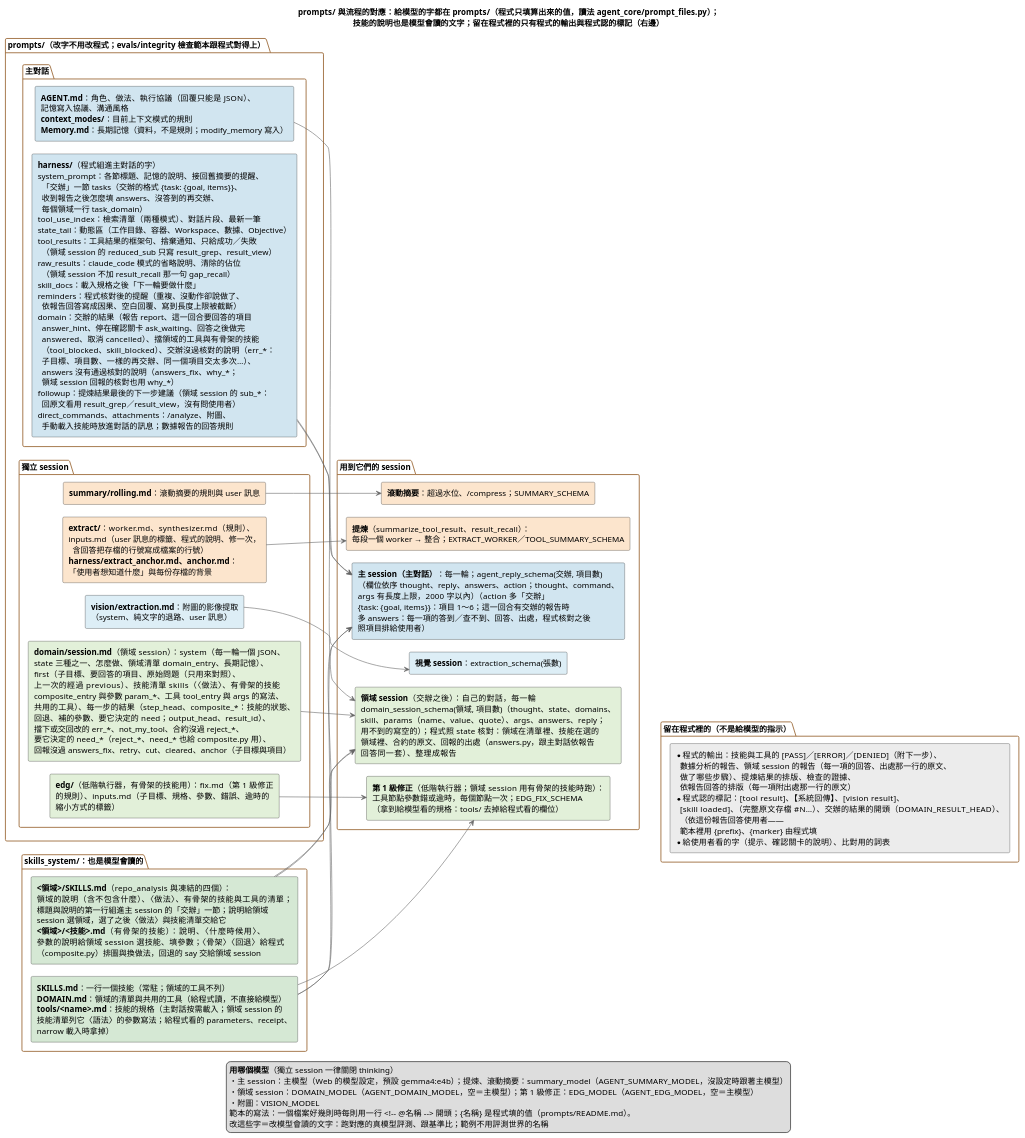
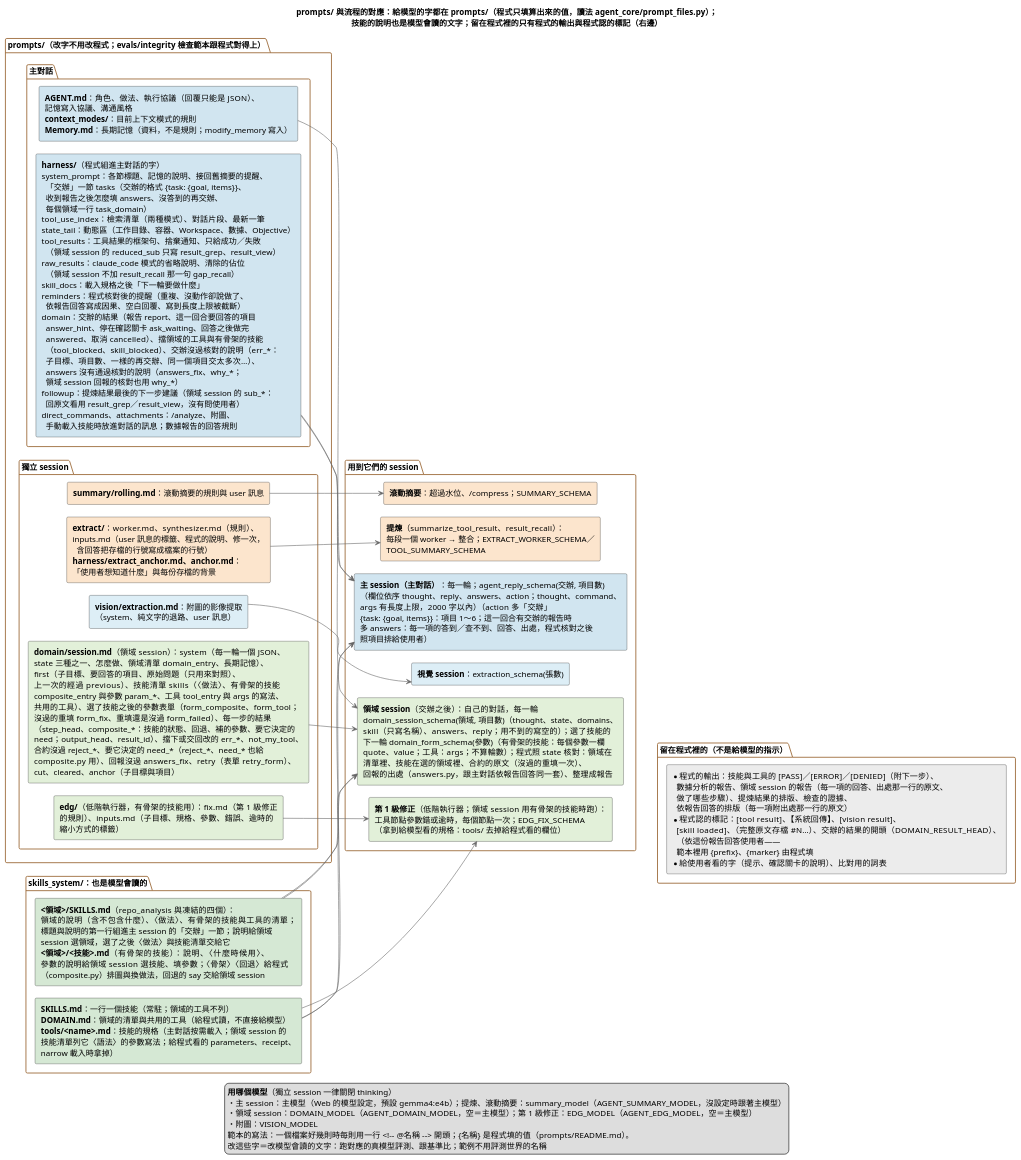
Before and after one commit to DavidZox/Coding_agnet: the diagram in doc/diagrams/prompts與流程的對應.puml, drawn with PlantUML. The commit also changed 17 other files, not shown here.

```diff
--- a/doc/diagrams/prompts與流程的對應.puml
+++ b/doc/diagrams/prompts與流程的對應.puml
@@ -1,175 +1,179 @@
 @startuml
 ' --- 樣式精準控制 ---
 skinparam shadowing false
 skinparam defaultFontName "Microsoft JhengHei"
 skinparam RectangleWidthMax 440
 skinparam PackageBorderColor #996633
 skinparam ArrowColor #666666
 skinparam ranksep 70
 skinparam nodesep 22
 left to right direction
 
 title prompts/ 與流程的對應：給模型的字都在 prompts/（程式只填算出來的值，讀法 agent_core/prompt_files.py）；\n技能的說明也是模型會讀的文字；留在程式裡的只有程式的輸出與程式認的標記（右邊）
 
 package "prompts/（改字不用改程式；evals/integrity 檢查範本跟程式對得上）" {
   package "主對話" {
     rectangle P_AGENT #D1E5F0 [
       **AGENT.md**：角色、做法、執行協議（回覆只能是 JSON）、
       記憶寫入協議、溝通風格
       **context_modes/**：目前上下文模式的規則
       **Memory.md**：長期記憶（資料，不是規則；modify_memory 寫入）
     ]
     rectangle P_HARNESS #D1E5F0 [
       **harness/**（程式組進主對話的字）
       system_prompt：各節標題、記憶的說明、接回舊摘要的提醒、
         「交辦」一節 tasks（交辦的格式 {task: {goal, items}}、
         收到報告之後怎麼填 answers、沒答到的再交辦、
         每個領域一行 task_domain）
       tool_use_index：檢索清單（兩種模式）、對話片段、最新一筆
       state_tail：動態區（工作目錄、容器、Workspace、數據、Objective）
       tool_results：工具結果的框架句、捨棄通知、只給成功／失敗
         （領域 session 的 reduced_sub 只寫 result_grep、result_view）
       raw_results：claude_code 模式的省略說明、清除的佔位
         （領域 session 不加 result_recall 那一句 gap_recall）
       skill_docs：載入規格之後「下一輪要做什麼」
       reminders：程式核對後的提醒（重複、沒動作卻說做了、
         依報告回答寫成因果、空白回覆、寫到長度上限被截斷）
       domain：交辦的結果（報告 report、這一回合要回答的項目
         answer_hint、停在確認關卡 ask_waiting、回答之後做完
         answered、取消 cancelled）、擋領域的工具與有骨架的技能
         （tool_blocked、skill_blocked）、交辦沒過核對的說明（err_*：
         子目標、項目數、一樣的再交辦、同一個項目交太多次…）、
         answers 沒有通過核對的說明（answers_fix、why_*；
         領域 session 回報的核對也用 why_*）
       followup：提煉結果最後的下一步建議（領域 session 的 sub_*：
         回原文看用 result_grep／result_view，沒有問使用者）
       direct_commands、attachments：/analyze、附圖、
         手動載入技能時放進對話的訊息；數據報告的回答規則
     ]
   }
   package "獨立 session" {
     rectangle P_SUMMARY #FCE5CD [
       **summary/rolling.md**：滾動摘要的規則與 user 訊息
     ]
     rectangle P_EXTRACT #FCE5CD [
       **extract/**：worker.md、synthesizer.md（規則）、
       inputs.md（user 訊息的標籤、程式的說明、修一次，
         含回答把存檔的行號寫成檔案的行號）
       **harness/extract_anchor.md、anchor.md**：
       「使用者想知道什麼」與每份存檔的背景
     ]
     rectangle P_VISION #DDEEF6 [
       **vision/extraction.md**：附圖的影像提取
       （system、純文字的退路、user 訊息）
     ]
     rectangle P_EDG #E2F0D9 [
       **edg/**（低階執行器，有骨架的技能用）：fix.md（第 1 級修正
       的規則）、inputs.md（子目標、規格、參數、錯誤、逾時的
       縮小方式的標籤）
     ]
     rectangle P_DOMAIN #E2F0D9 [
       **domain/session.md**（領域 session）：system（每一輪一個 JSON、
       state 三種之一、怎麼做、領域清單 domain_entry、長期記憶）、
       first（子目標、要回答的項目、原始問題（只用來對照）、
       上一次的經過 previous）、技能清單 skills（〈做法〉、有骨架的技能
       composite_entry 與參數 param_*、工具 tool_entry 與 args 的寫法、
-      共用的工具）、每一步的結果（step_head、composite_*：技能的狀態、
-      回退、補的參數、要它決定的 need；output_head、result_id）、
-      擋下或交回改的 err_*、not_my_tool、合約沒過 reject_*、
-      要它決定的 need_*（reject_*、need_* 也給 composite.py 用）、
-      回報沒過 answers_fix、retry、cut、cleared、anchor（子目標與項目）
+      共用的工具）、選了技能之後的參數表單（form_composite、form_tool；
+      沒過的重填 form_fix、重填還是沒過 form_failed）、每一步的結果
+      （step_head、composite_*：技能的狀態、回退、補的參數、要它決定的
+      need；output_head、result_id）、擋下或交回改的 err_*、not_my_tool、
+      合約沒過 reject_*、要它決定的 need_*（reject_*、need_* 也給
+      composite.py 用）、回報沒過 answers_fix、retry（表單 retry_form）、
+      cut、cleared、anchor（子目標與項目）
     ]
   }
 }
 
 package "skills_system/：也是模型會讀的" {
   rectangle K_ALL #D5E8D4 [
     **SKILLS.md**：一行一個技能（常駐；領域的工具不列）
     **DOMAIN.md**：領域的清單與共用的工具（給程式讀，不直接給模型）
     **tools/<name>.md**：技能的規格（主對話按需載入；領域 session 的
     技能清單列它〈語法〉的參數寫法；給程式看的 parameters、receipt、
     narrow 載入時拿掉）
   ]
   rectangle K_DOMAIN #D5E8D4 [
     **<領域>/SKILLS.md**（repo_analysis 與凍結的四個）：
     領域的說明（含不包含什麼）、〈做法〉、有骨架的技能與工具的清單；
     標題與說明的第一行組進主 session 的「交辦」一節；說明給領域
     session 選領域，選了之後〈做法〉與技能清單交給它
     **<領域>/<技能>.md**（有骨架的技能）：說明、〈什麼時候用〉、
     參數的說明給領域 session 選技能、填參數；〈骨架〉〈回退〉給程式
     （composite.py）排圖與換做法，回退的 say 交給領域 session
   ]
 }
 
 package "用到它們的 session" {
   rectangle S_MAIN #D1E5F0 [
     **主 session（主對話）**：每一輪；agent_reply_schema(交辦, 項目數)
     （欄位依序 thought、reply、answers、action；thought、command、
     args 有長度上限，2000 字以內）（action 多「交辦」
     {task: {goal, items}}：項目 1～6；這一回合有交辦的報告時
     多 answers：每一項的答到／查不到、回答、出處，程式核對之後
     照項目排給使用者）
   ]
   rectangle S_DOMAIN #E2F0D9 [
     **領域 session**（交辦之後）：自己的對話，每一輪
     domain_session_schema(領域, 項目數)（thought、state、domains、
-    skill、params（name、value、quote）、args、answers、reply；
-    用不到的寫空的）；程式照 state 核對：領域在清單裡、技能在選的
-    領域裡、合約的原文、回報的出處（answers.py，跟主對話依報告
-    回答同一套）、整理成報告
+    skill（只寫名稱）、answers、reply；用不到的寫空的）；選了技能的
+    下一輪 domain_form_schema(參數)（有骨架的技能：每個參數一欄
+    quote、value；工具：args；不算輪數）；程式照 state 核對：領域在
+    清單裡、技能在選的領域裡、合約的原文（沒過的重填一次）、
+    回報的出處（answers.py，跟主對話依報告回答同一套）、整理成報告
   ]
   rectangle S_SUMMARY #FCE5CD [
     **滾動摘要**：超過水位、/compress；SUMMARY_SCHEMA
   ]
   rectangle S_EXTRACT #FCE5CD [
     **提煉**（summarize_tool_result、result_recall）：
-    每段一個 worker → 整合；EXTRACT_WORKER／TOOL_SUMMARY_SCHEMA
+    每段一個 worker → 整合；EXTRACT_WORKER_SCHEMA／
+    TOOL_SUMMARY_SCHEMA
   ]
   rectangle S_VISION #DDEEF6 [
     **視覺 session**：extraction_schema(張數)
   ]
   rectangle S_EDG #E2F0D9 [
     **第 1 級修正**（低階執行器；領域 session 用有骨架的技能時跑）：
     工具節點參數錯或逾時，每個節點一次；EDG_FIX_SCHEMA
     （拿到給模型看的規格：tools/ 去掉給程式看的欄位）
   ]
 }
 
 package "留在程式裡的（不是給模型的指示）" {
   rectangle C_LIST #ECECEC [
     * 程式的輸出：技能與工具的 [PASS]／[ERROR]／[DENIED]（附下一步）、
       數據分析的報告、領域 session 的報告（每一項的回答、出處那一行的原文、
       做了哪些步驟）、提煉結果的排版、檢查的證據、
       依報告回答的排版（每一項附出處那一行的原文）
     * 程式認的標記：[tool result]、【系統回傳】、[vision result]、
       [skill loaded]、（完整原文存檔 #N…）、交辦的結果的開頭（DOMAIN_RESULT_HEAD）、
       （依這份報告回答使用者——
       範本裡用 {prefix}、{marker} 由程式填
     * 給使用者看的字（提示、確認關卡的說明）、比對用的詞表
   ]
 }
 
 P_AGENT --> S_MAIN
 P_HARNESS --> S_MAIN
 K_ALL --> S_MAIN
 P_SUMMARY --> S_SUMMARY
 P_EXTRACT --> S_EXTRACT
 P_VISION --> S_VISION
 P_EDG --> S_EDG
 K_ALL --> S_EDG
 P_DOMAIN --> S_DOMAIN
 P_HARNESS --> S_DOMAIN
 K_DOMAIN --> S_DOMAIN
 K_ALL --> S_DOMAIN
 K_DOMAIN --> S_MAIN
 S_EDG -[hidden]-> C_LIST
 
 legend bottom
   **用哪個模型**（獨立 session 一律關閉 thinking）
   ・主 session：主模型（Web 的模型設定，預設 gemma4:e4b）；提煉、滾動摘要：summary_model（AGENT_SUMMARY_MODEL，沒設定時跟著主模型）
   ・領域 session：DOMAIN_MODEL（AGENT_DOMAIN_MODEL，空＝主模型）；第 1 級修正：EDG_MODEL（AGENT_EDG_MODEL，空＝主模型）
   ・附圖：VISION_MODEL
   範本的寫法：一個檔案好幾則時每則用一行 <!~-- @名稱 ~--> 開頭；{名稱} 是程式填的值（prompts/README.md）。
   改這些字＝改模型會讀的文字：跑對應的真模型評測、跟基準比；範例不用評測世界的名稱
 endlegend
 @enduml
```
